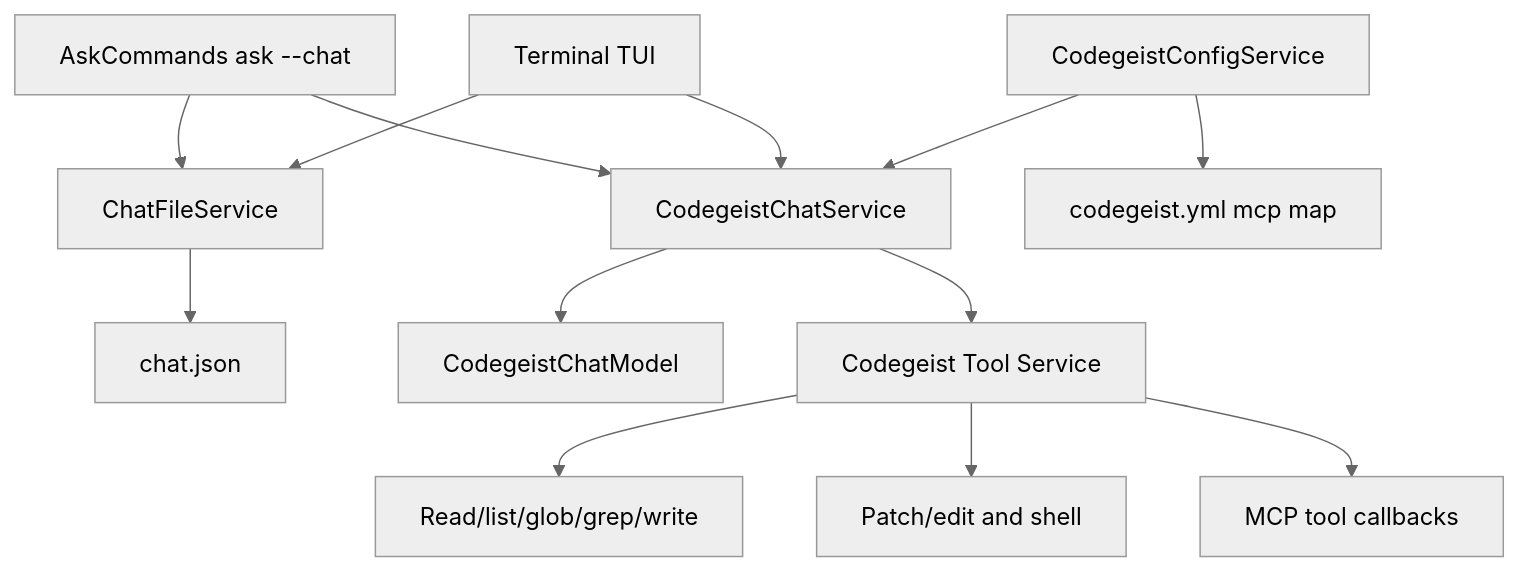
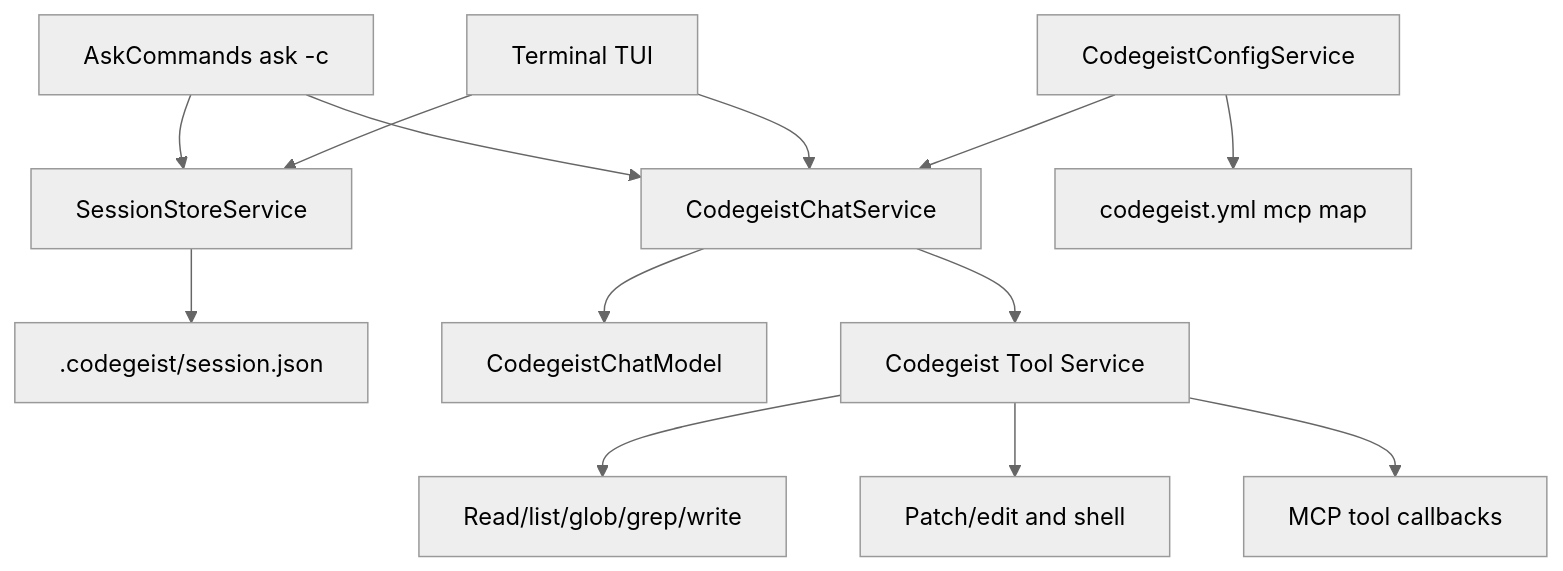
The diagram in docs/developer/specification/runtime-harness-implementation.md (codegeist-ai/codegeist), drawn with Mermaid (neutral theme) before and after one commit. The commit also changed other lines of this file and 47 other files, not shown here.

First line of the commit message:
feat(session): add resumable ask sessions

````diff
--- a/docs/developer/specification/runtime-harness-implementation.md
+++ b/docs/developer/specification/runtime-harness-implementation.md
@@ -61,15 +62,15 @@
 ```mermaid
 flowchart TD
-    Ask[AskCommands ask --chat] --> ChatFile[ChatFileService]
-    Tui[Terminal TUI] --> ChatFile
-    ChatFile --> Json[chat.json]
+    Ask[AskCommands ask -c] --> SessionStore[SessionStoreService]
+    Tui[Terminal TUI] --> SessionStore
+    SessionStore --> Json[.codegeist/session.json]
     Ask --> Chat[CodegeistChatService]
     Tui --> Chat
     Chat --> Model[CodegeistChatModel]
     Chat --> Tools[Codegeist Tool Service]
     Tools --> ReadWrite[Read/list/glob/grep/write]
     Tools --> Mutating[Patch/edit and shell]
     Tools --> Mcp[MCP tool callbacks]
     Config[CodegeistConfigService] --> Chat
     Config --> McpConfig[codegeist.yml mcp map]
 ```
````
